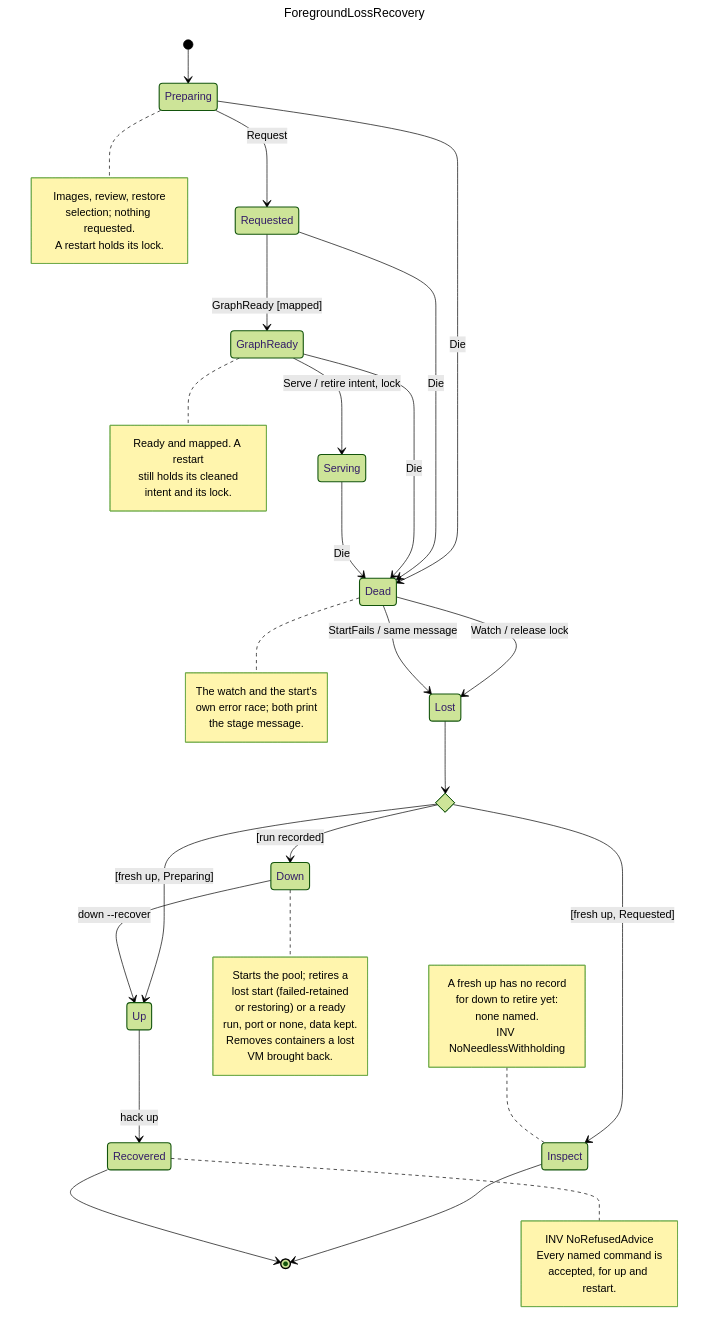
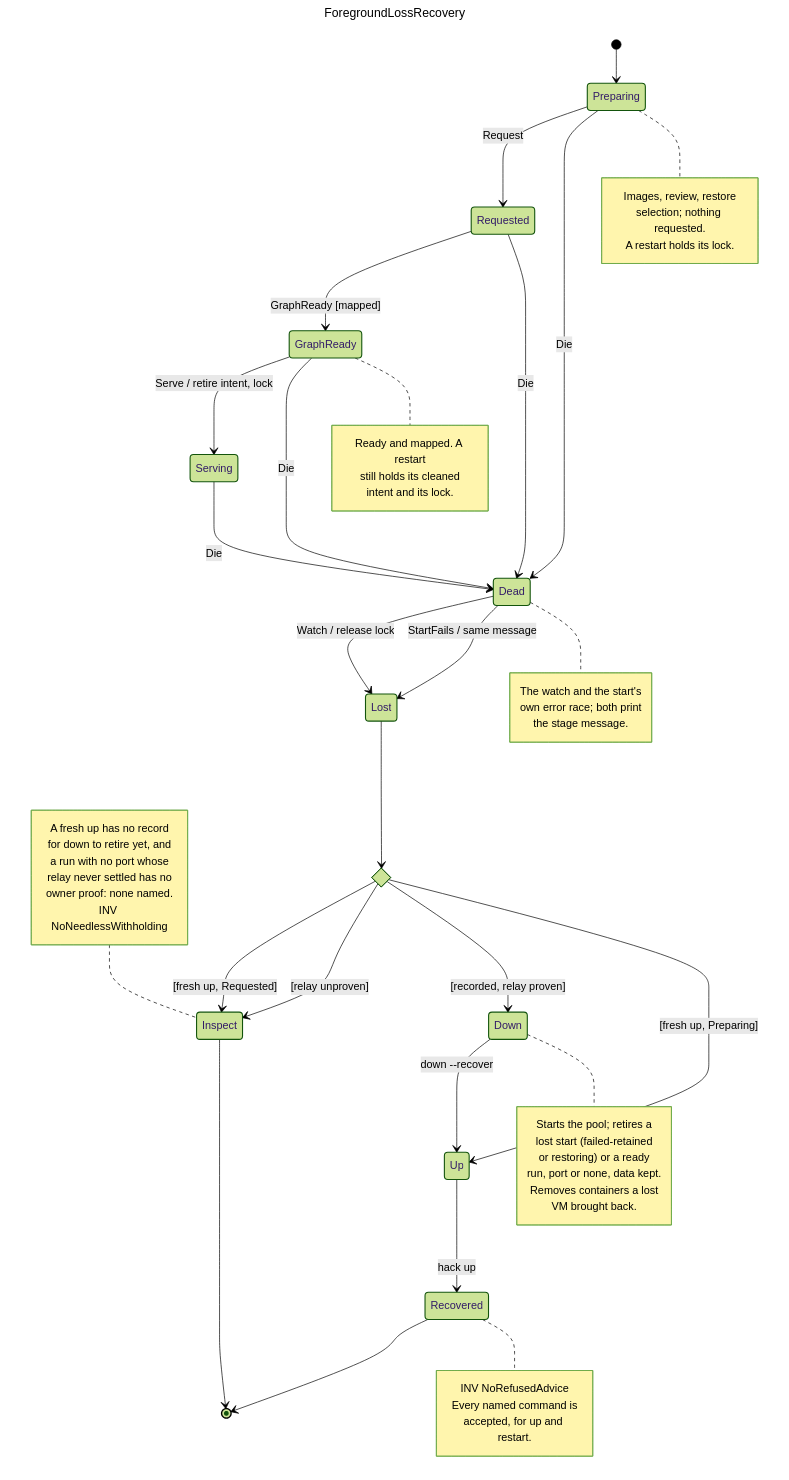
The diagram in docs/diagrams/foreground-loss-recovery.mmd (hack-dance/hack), drawn with Mermaid (forest theme) before and after one commit. The commit also changed 35 other files, not shown here.

```diff
--- a/docs/diagrams/foreground-loss-recovery.mmd
+++ b/docs/diagrams/foreground-loss-recovery.mmd
@@ -1,71 +1,74 @@
 ---
 title: ForegroundLossRecovery
 ---
 stateDiagram-v2
   direction TB
   [*] --> Preparing
   Preparing --> Requested : Request
   Requested --> GraphReady : GraphReady [mapped]
   GraphReady --> Serving : Serve / retire intent, lock
   Preparing --> Dead : Die
   Requested --> Dead : Die
   GraphReady --> Dead : Die
   Serving --> Dead : Die
   Dead --> Lost : Watch / release lock
   Dead --> Lost : StartFails / same message
   state advice <<choice>>
   Lost --> advice
   advice --> Inspect : [fresh up, Requested]
-  advice --> Down : [run recorded]
+  advice --> Inspect : [relay unproven]
+  advice --> Down : [recorded, relay proven]
   advice --> Up : [fresh up, Preparing]
   Down --> Up : down --recover
   Up --> Recovered : hack up
   Inspect --> [*]
   Recovered --> [*]
 
   note right of Preparing
     Images, review, restore
     selection; nothing requested.
     A restart holds its lock.
   end note
   note right of GraphReady
     Ready and mapped. A restart
     still holds its cleaned
     intent and its lock.
   end note
   note right of Dead
     The watch and the start's
     own error race; both print
     the stage message.
   end note
   note left of Inspect
     A fresh up has no record
-    for down to retire yet:
-    none named.
+    for down to retire yet, and
+    a run with no port whose
+    relay never settled has no
+    owner proof: none named.
     INV NoNeedlessWithholding
   end note
   note right of Down
     Starts the pool; retires a
     lost start (failed-retained
     or restoring) or a ready
     run, port or none, data kept.
     Removes containers a lost
     VM brought back.
   end note
   note right of Recovered
     INV NoRefusedAdvice
     Every named command is
     accepted, for up and restart.
   end note
 
   classDef live stroke-width:1.6px
   classDef wait stroke-width:1.6px
   classDef ok stroke-width:1.6px
   classDef fail stroke-width:1.6px
   classDef idle stroke-width:1.6px
   class Preparing,Requested,GraphReady wait
   class Serving live
   class Dead,Lost fail
   class Down,Up wait
   class Recovered ok
   class Inspect idle
```
